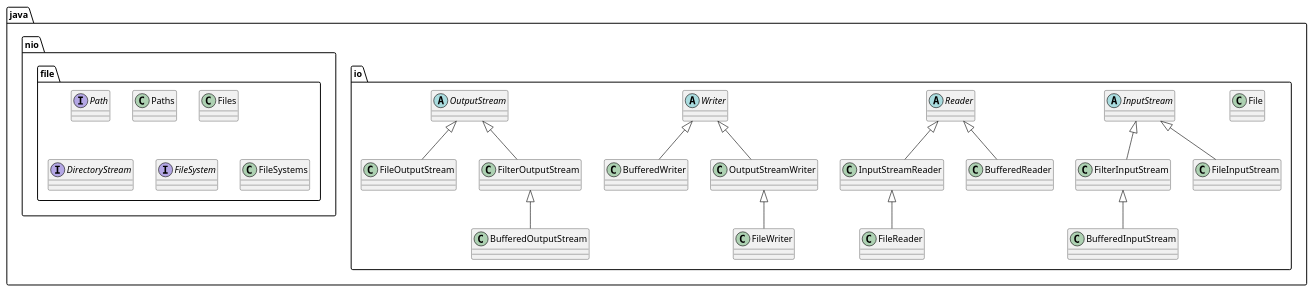
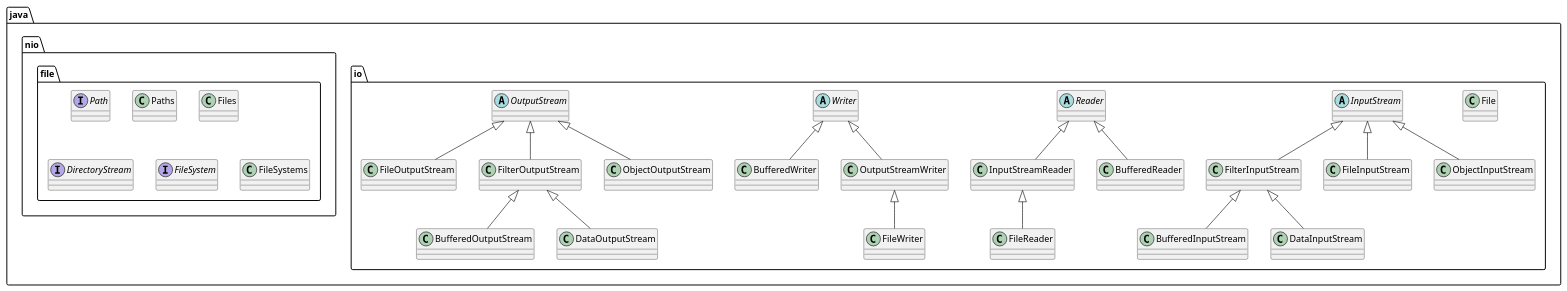
One commit to caioamorim7/poo changed the diagram in lectures/examples/12-file/doc/file-names.plantuml. Above: the diagram before and after it, drawn with PlantUML. The commit also changed 9 other files, not shown here.

```diff
--- a/lectures/examples/12-file/doc/file-names.plantuml
+++ b/lectures/examples/12-file/doc/file-names.plantuml
@@ -1,43 +1,47 @@
 @startuml
 skinparam classAttributeIconSize 0
 
 
 package "java.io" {
 
     class File
 
     abstract class InputStream
 
     class FilterInputStream extends InputStream
     class BufferedInputStream extends FilterInputStream
+    class DataInputStream extends FilterInputStream
     class FileInputStream extends InputStream
+    class ObjectInputStream extends InputStream
 
     abstract class Reader
     
     class InputStreamReader extends Reader
     class FileReader extends InputStreamReader
     class BufferedReader extends Reader
 
     abstract class Writer
 
     class BufferedWriter extends Writer
     class OutputStreamWriter extends Writer
     class FileWriter extends OutputStreamWriter
 
     abstract class OutputStream
 
     class FileOutputStream extends OutputStream
     class FilterOutputStream extends OutputStream
     class BufferedOutputStream extends FilterOutputStream
+    class DataOutputStream extends FilterOutputStream
+    class ObjectOutputStream extends OutputStream
 }
 
 package "java.nio.file" {
     interface Path
     class Paths
     class Files
     interface DirectoryStream
     interface FileSystem
     class FileSystems
 }
 
 @enduml
```
